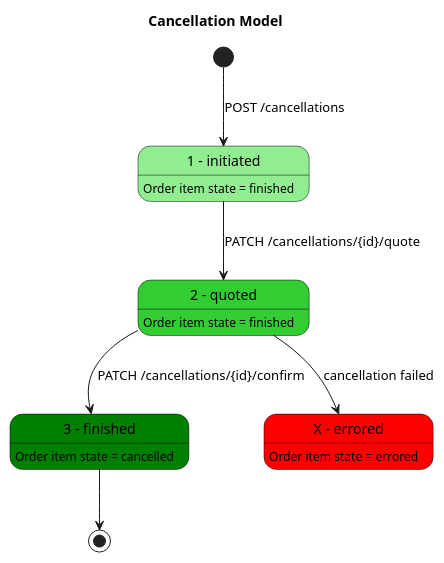
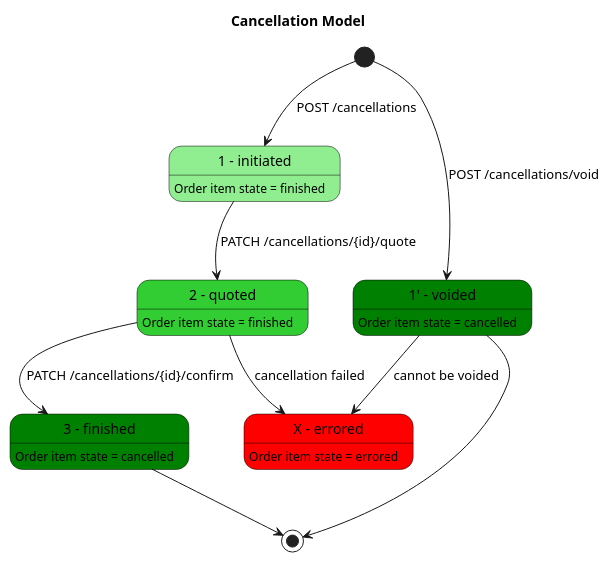
Before and after one commit to loco2/locohub-api-documentation: the diagram in plantUML/cancellation_state_diagram.puml, drawn with PlantUML.

Commit message:
Add void in cancellation flow

```diff
--- a/plantUML/cancellation_state_diagram.puml
+++ b/plantUML/cancellation_state_diagram.puml
@@ -1,33 +1,39 @@
 @startuml
 
 ' in order to change this diagram, please got to http://www.planttext.com
 skinparam state {
   StartColor Black
   EndColor Black
   BackgroundColor LightYellow
   BackgroundColor<<Initiated>> LightGreen
   BackgroundColor<<Quoted>> LimeGreen
   BackgroundColor<<Confirmed>> Green
+  BackgroundColor<<Voided>> Green
   BackgroundColor<<Errored>> Red
   BorderColor Black
   FontName Impact
 }
 title Cancellation Model
 state "1 - initiated" as Initiated<<Initiated>>
 Initiated: Order item state = finished
 state "2 - quoted" as Quoted <<Quoted>>
 Quoted: Order item state = finished
 state "3 - finished" as Confirmed <<Confirmed>>
 Confirmed: Order item state = cancelled    
 state "X - errored" as Errored <<Errored>>
 Errored: Order item state = errored    
+state "1' - voided" as Voided <<Voided>>
+Voided: Order item state = cancelled
 
 ' non nominal case
 Quoted --> Errored : cancellation failed
+Voided --> Errored : cannot be voided
 
 [*] -down->Initiated: POST /cancellations
 Initiated -down-> Quoted : PATCH /cancellations/{id}/quote
 Quoted -down-> Confirmed : PATCH /cancellations/{id}/confirm
 Confirmed -down-> [*]
+[*] -down->Voided: POST /cancellations/void
+Voided -down-> [*]
 
 @enduml
```
